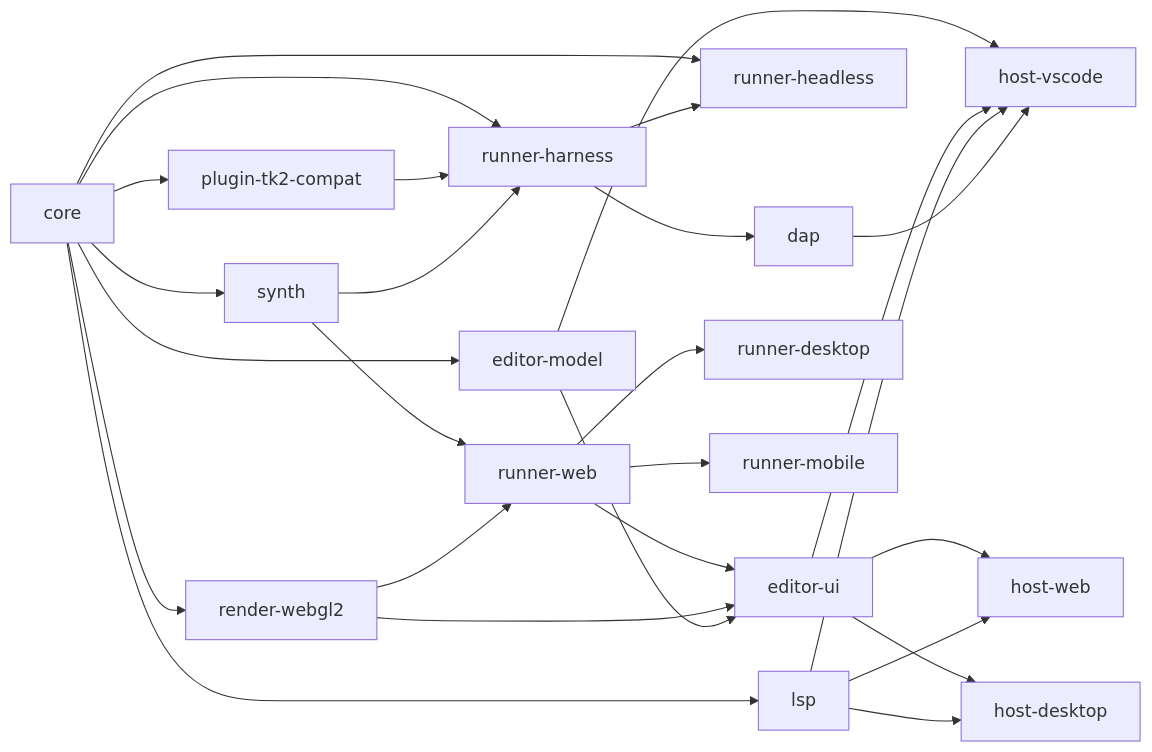
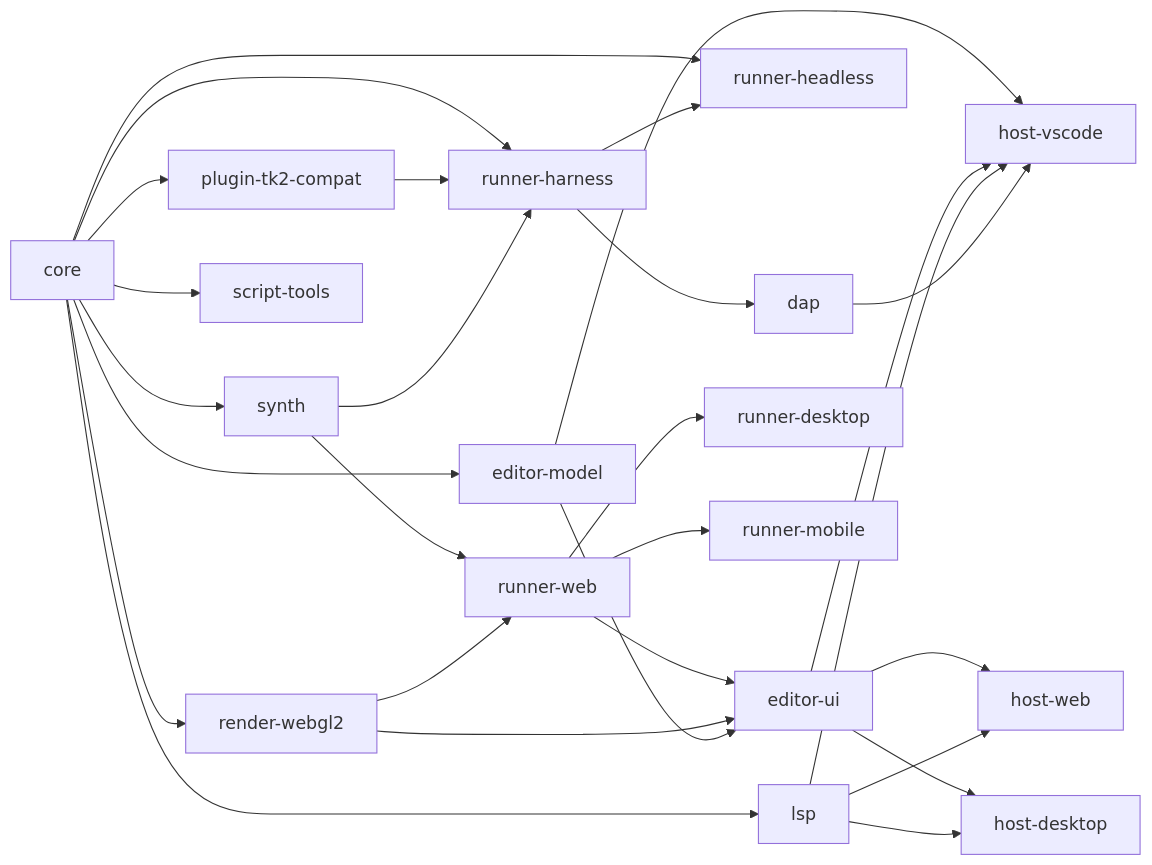
The first of 3 diagrams in _bmad-output/initiative-rpgtoolkit-reawakened/architecture-rpgtoolkit-reawakened/architecture-rpgtoolkit-reawakened.md (tk-reawakened/rpgtoolkit-reawakened), drawn with Mermaid before and after one commit. The commit also changed 13 other files, not shown here.

````diff
--- a/_bmad-output/initiative-rpgtoolkit-reawakened/architecture-rpgtoolkit-reawakened/architecture-rpgtoolkit-reawakened.md
+++ b/_bmad-output/initiative-rpgtoolkit-reawakened/architecture-rpgtoolkit-reawakened/architecture-rpgtoolkit-reawakened.md
@@ -41,29 +41,30 @@
 ```mermaid
 graph LR
   core --> synth
   core --> renderwebgl2[render-webgl2]
   core --> runnerharness[runner-harness]
   core --> plugintk2compat[plugin-tk2-compat]
+  core --> scripttools[script-tools]
   plugintk2compat --> runnerharness
   core --> lsp
   core --> editormodel[editor-model]
   synth --> runnerharness
   synth --> runnerweb[runner-web]
   renderwebgl2 --> runnerweb
   core --> runnerheadless[runner-headless]
   runnerharness --> runnerheadless
   runnerharness --> dap
   runnerweb --> runnerdesktop[runner-desktop]
   runnerweb --> runnermobile[runner-mobile]
   runnerweb --> editorui[editor-ui]
   renderwebgl2 --> editorui
   editormodel --> editorui
   editormodel --> hostvscode[host-vscode]
   editorui --> hostvscode
   editorui --> hostweb[host-web]
   editorui --> hostdesktop[host-desktop]
   lsp --> hostvscode
   lsp --> hostweb
   lsp --> hostdesktop
   dap --> hostvscode
 ```
````
